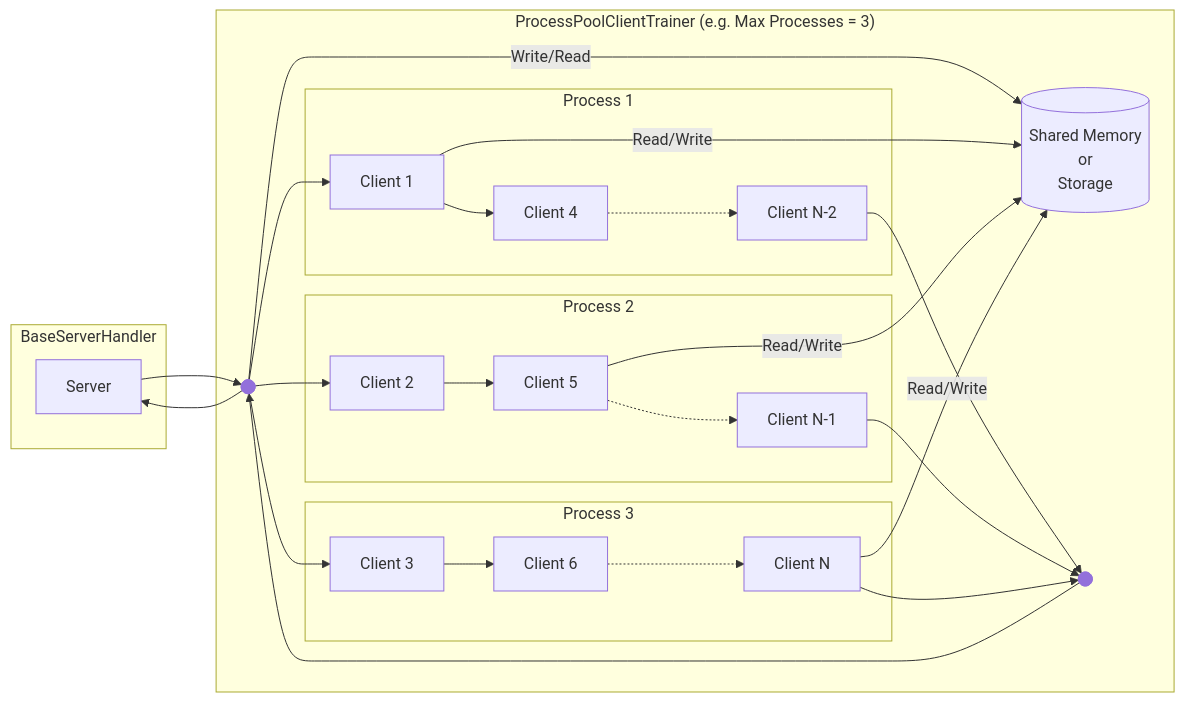
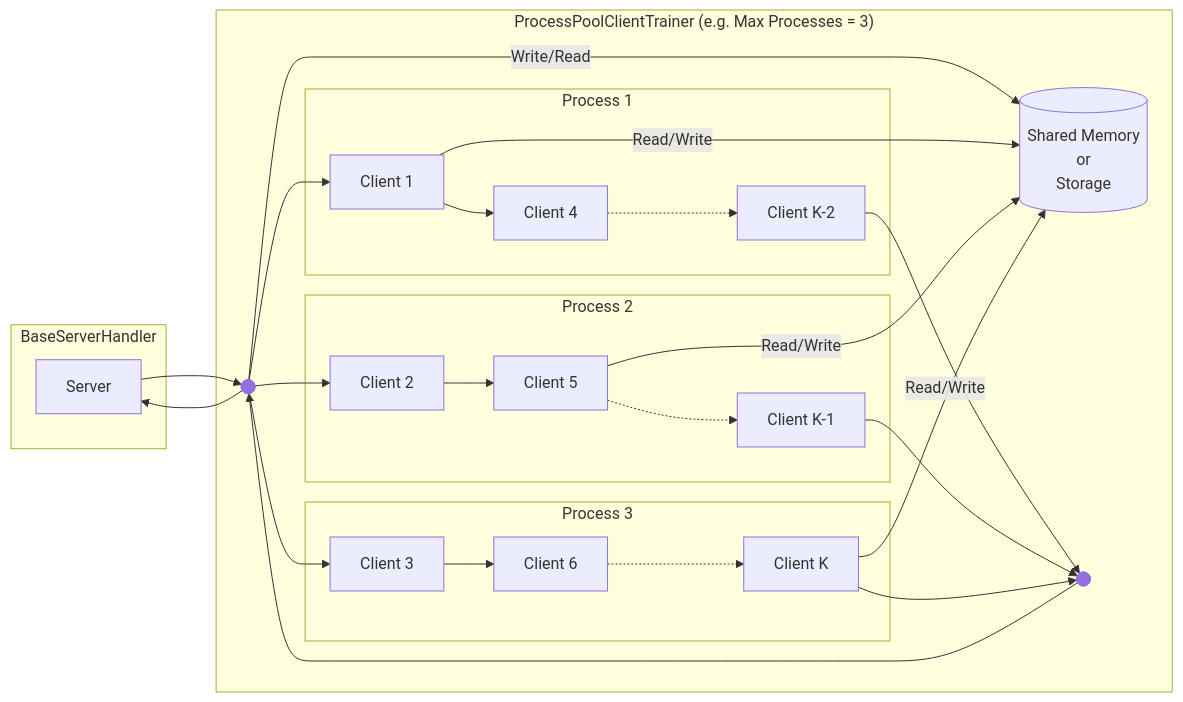
Before and after one commit to blazefl/blazefl: the third of 3 diagrams in README.md, drawn with Mermaid. The commit also changed other lines of this file, not shown here.

Commit message:
docs: replace N with K in mermaid diagrams

````diff
--- a/README.md
+++ b/README.md
@@ -106,36 +106,36 @@
 ```mermaid
 graph LR
     subgraph "`BaseServerHandler`"
       STS[Server]
     end
 
     subgraph "ProcessPoolClientTrainer (e.g. Max Processes = 3)"
       SHM[("<center>Shared Memory<br>or<br>Storage</center>")]
       SPJ1@{ shape: f-circ, label: "Junction" }
       subgraph "Process 1"
         SP1[Client 1] --> SP4[Client 4]
-        SP4 -.-> SPN-2[Client N-2]
+        SP4 -.-> SPK-2[Client K-2]
       end
       subgraph "Process 2"
         SP2[Client 2] --> SP5[Client 5]
-        SP5 -.-> SPN-1[Client N-1]
+        SP5 -.-> SPK-1[Client K-1]
       end
       subgraph "Process 3"
         SP3[Client 3] --> SP6[Client 6]
-        SP6 -.-> SPN[Client N]
+        SP6 -.-> SPK[Client K]
       end
       SPJ1 --> SP1
       SPJ1 --> SP2
       SPJ1 --> SP3
-      SPN-2 --> SPJ2@{ shape: f-circ, label: "Junction" }
-      SPN-1 --> SPJ2
-      SPN --> SPJ2
+      SPK-2 --> SPJ2@{ shape: f-circ, label: "Junction" }
+      SPK-1 --> SPJ2
+      SPK --> SPJ2
       SPJ2 --> SPJ1
       SPJ1 --Write/Read--> SHM
       SP1 --Read/Write--> SHM
       SP5 --Read/Write--> SHM
-      SPN --Read/Write--> SHM
+      SPK --Read/Write--> SHM
     end
     SPJ1 --> STS
     STS --> SPJ1
 ```
````
